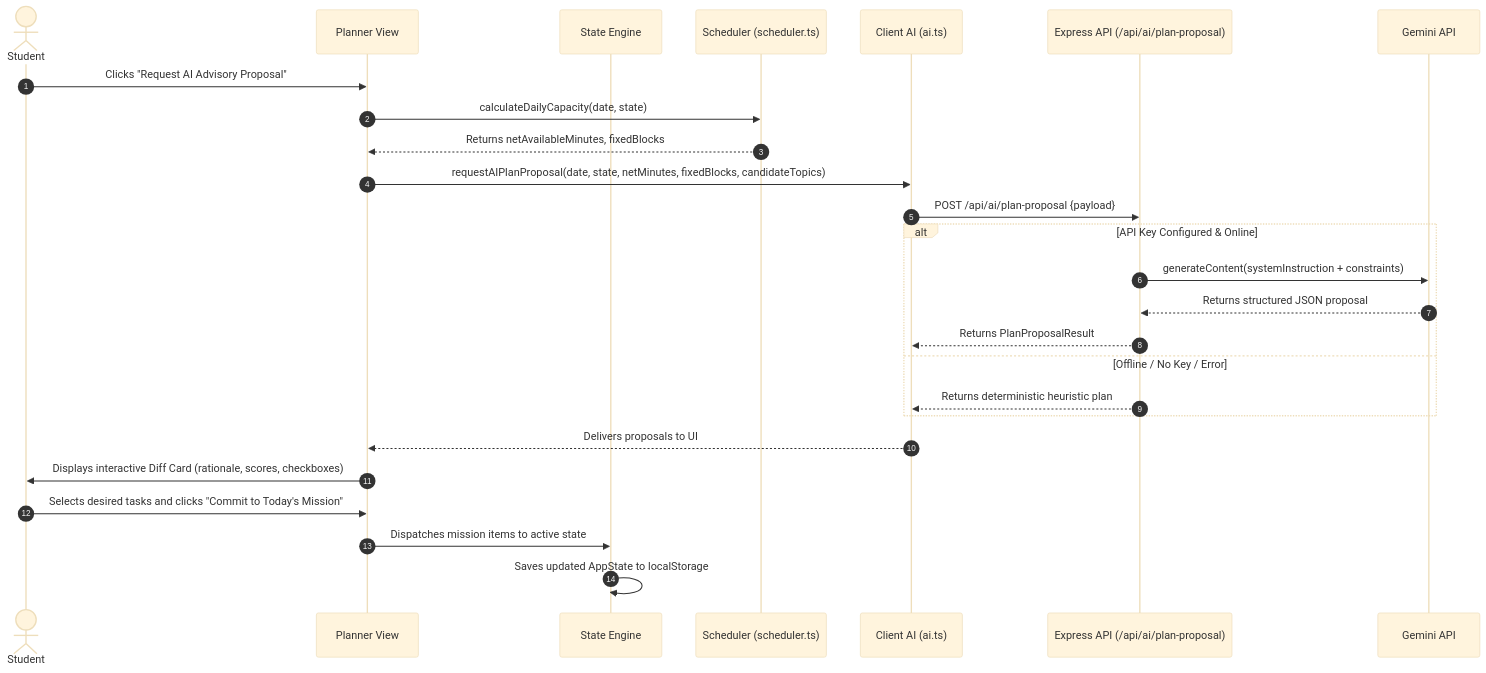
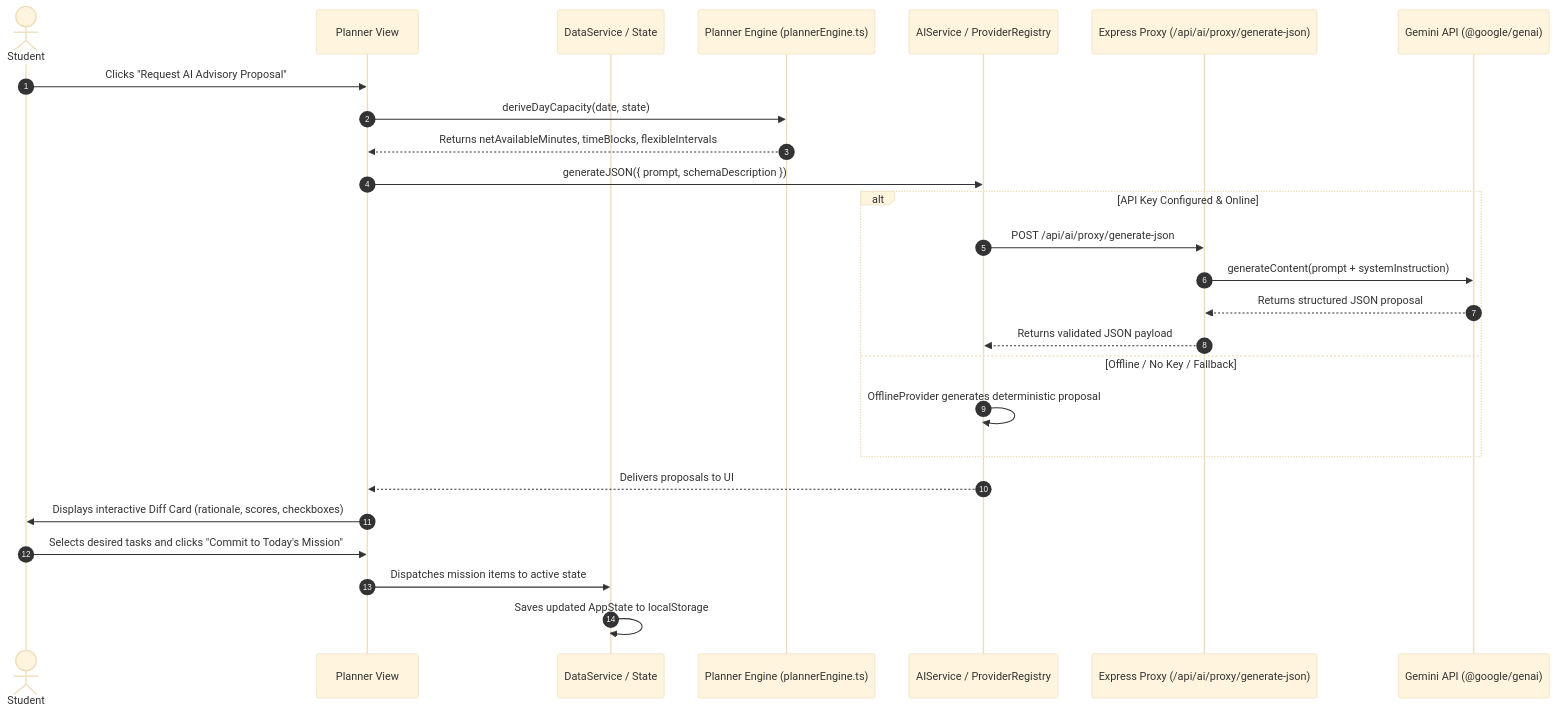
The second of 3 diagrams in docs/ARCHITECTURE.md (madanapallishaikmohammedtalha-dot/NEXORA), drawn with Mermaid (base theme) before and after one commit. The commit also changed other lines of this file and 50 other files, not shown here.

````diff
--- a/docs/ARCHITECTURE.md
+++ b/docs/ARCHITECTURE.md
@@ -76,31 +86,31 @@
 ```mermaid
 sequenceDiagram
     autonumber
     actor User as Student
     participant View as Planner View
-    participant Store as State Engine
-    participant Engine as Scheduler (scheduler.ts)
-    participant ClientAI as Client AI (ai.ts)
-    participant API as Express API (/api/ai/plan-proposal)
-    participant LLM as Gemini API
+    participant Store as DataService / State
+    participant Engine as Planner Engine (plannerEngine.ts)
+    participant ClientAI as AIService / ProviderRegistry
+    participant API as Express Proxy (/api/ai/proxy/generate-json)
+    participant LLM as Gemini API (@google/genai)
 
     User->>View: Clicks "Request AI Advisory Proposal"
-    View->>Engine: calculateDailyCapacity(date, state)
-    Engine-->>View: Returns netAvailableMinutes, fixedBlocks
-    View->>ClientAI: requestAIPlanProposal(date, state, netMinutes, fixedBlocks, candidateTopics)
-    ClientAI->>API: POST /api/ai/plan-proposal {payload}
+    View->>Engine: deriveDayCapacity(date, state)
+    Engine-->>View: Returns netAvailableMinutes, timeBlocks, flexibleIntervals
+    View->>ClientAI: generateJSON({ prompt, schemaDescription })
     
     alt API Key Configured & Online
-        API->>LLM: generateContent(systemInstruction + constraints)
+        ClientAI->>API: POST /api/ai/proxy/generate-json
+        API->>LLM: generateContent(prompt + systemInstruction)
         LLM-->>API: Returns structured JSON proposal
-        API-->>ClientAI: Returns PlanProposalResult
-    else Offline / No Key / Error
-        API-->>ClientAI: Returns deterministic heuristic plan
+        API-->>ClientAI: Returns validated JSON payload
+    else Offline / No Key / Fallback
+        ClientAI->>ClientAI: OfflineProvider generates deterministic proposal
     end
 
     ClientAI-->>View: Delivers proposals to UI
     View->>User: Displays interactive Diff Card (rationale, scores, checkboxes)
     User->>View: Selects desired tasks and clicks "Commit to Today's Mission"
     View->>Store: Dispatches mission items to active state
     Store->>Store: Saves updated AppState to localStorage
 ```
````
